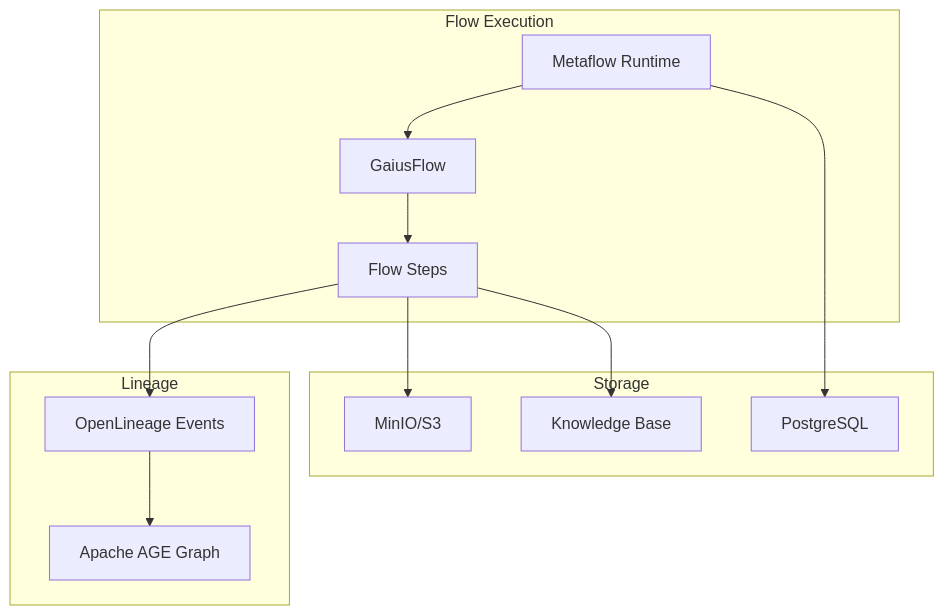
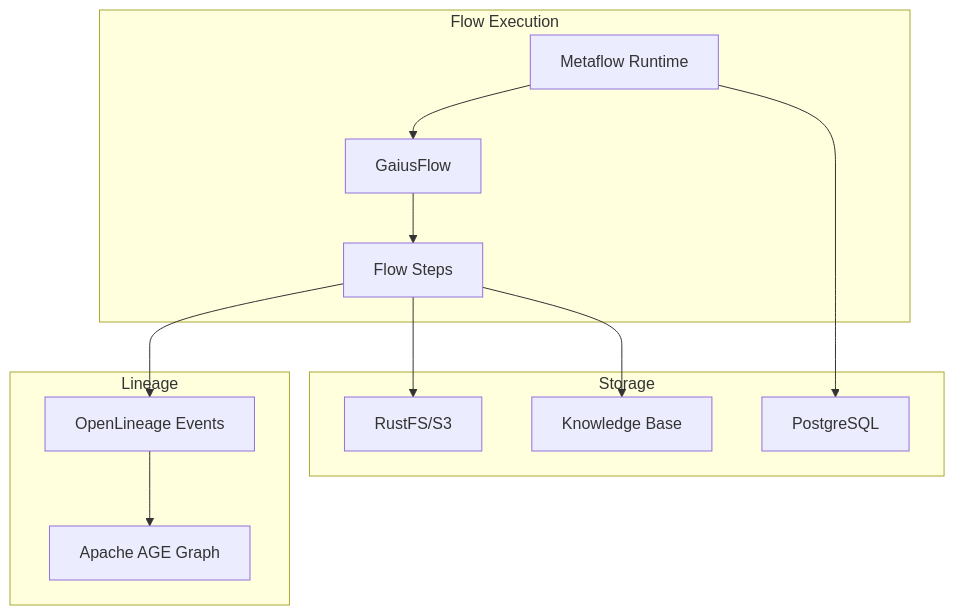
The first of 2 diagrams in src/gaius/flows/README.md (zndx/gaius), drawn with Mermaid before and after one commit. The commit also changed other lines of this file and 63 other files, not shown here.

````diff
--- a/src/gaius/flows/README.md
+++ b/src/gaius/flows/README.md
@@ -7,27 +7,27 @@
 ```mermaid
 graph TB
     subgraph "Flow Execution"
         MF[Metaflow Runtime]
         FLOW[GaiusFlow]
         STEP[Flow Steps]
     end
 
     subgraph "Lineage"
         OL[OpenLineage Events]
         AGE[Apache AGE Graph]
     end
 
     subgraph "Storage"
-        MINIO[MinIO/S3]
+        RUSTFS[RustFS/S3]
         KB[Knowledge Base]
         PG[PostgreSQL]
     end
 
     MF --> FLOW
     FLOW --> STEP
     STEP --> OL
     OL --> AGE
-    STEP --> MINIO
+    STEP --> RUSTFS
     STEP --> KB
     MF --> PG
 ```
````
